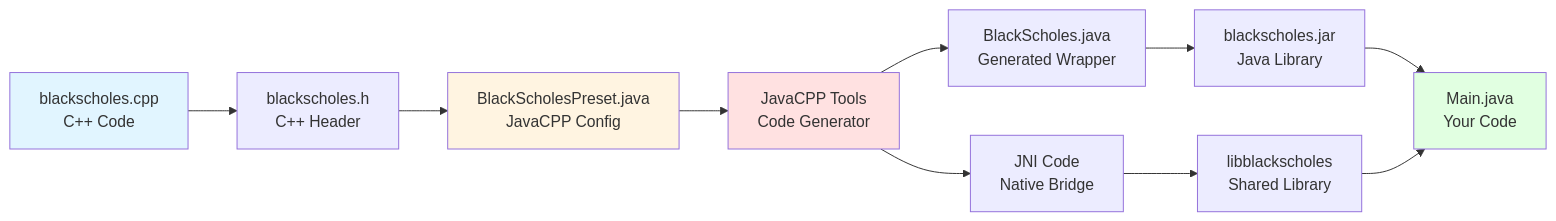
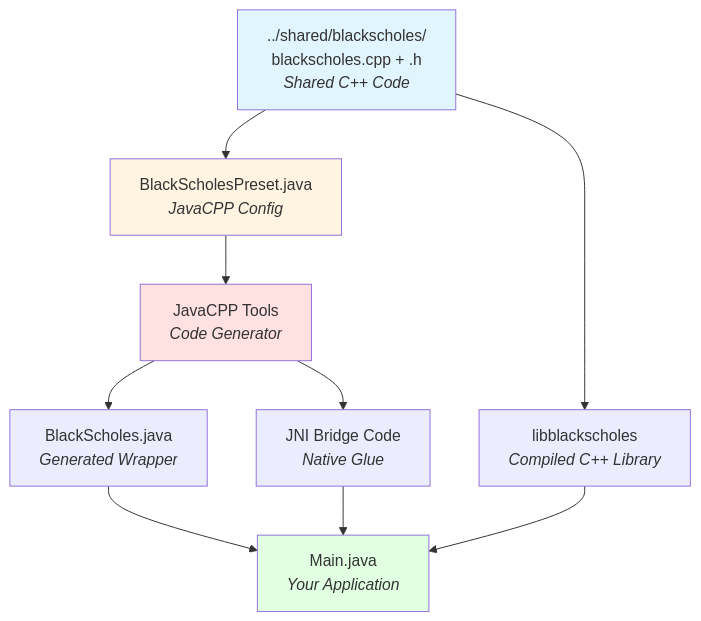
The diagram in examples/cpp/01-blackscholes-javacpp/README.md (chipkent/deephaven-example-use-cases), drawn with Mermaid before and after one commit. The commit also changed other lines of this file and 23 other files, not shown here.

Commit message:
docs: expand JavaCPP and pybind11 integration documentation with detailed architecture and usage examples

````diff
--- a/examples/cpp/01-blackscholes-javacpp/README.md
+++ b/examples/cpp/01-blackscholes-javacpp/README.md
@@ -25,17 +32,21 @@
 ```mermaid
-graph LR
-    A[blackscholes.cpp<br/>C++ Code] --> B[blackscholes.h<br/>C++ Header]
-    B --> C[BlackScholesPreset.java<br/>JavaCPP Config]
-    C --> D[JavaCPP Tools<br/>Code Generator]
-    D --> E[BlackScholes.java<br/>Generated Wrapper]
-    D --> F[JNI Code<br/>Native Bridge]
-    E --> G[blackscholes.jar<br/>Java Library]
-    F --> H[libblackscholes<br/>Shared Library]
-    G --> I[Main.java<br/>Your Code]
-    H --> I
+graph TB
+    A[../shared/blackscholes/<br/>blackscholes.cpp + .h<br/><i>Shared C++ Code</i>]
+    
+    A --> B[BlackScholesPreset.java<br/><i>JavaCPP Config</i>]
+    B --> C[JavaCPP Tools<br/><i>Code Generator</i>]
+    
+    C --> D[BlackScholes.java<br/><i>Generated Wrapper</i>]
+    C --> E[JNI Bridge Code<br/><i>Native Glue</i>]
+    
+    A --> F[libblackscholes<br/><i>Compiled C++ Library</i>]
+    
+    D --> G[Main.java<br/><i>Your Application</i>]
+    F --> G
+    E --> G
     
     style A fill:#e1f5ff
-    style C fill:#fff4e1
-    style D fill:#ffe1e1
-    style I fill:#e1ffe1
+    style B fill:#fff4e1
+    style C fill:#ffe1e1
+    style G fill:#e1ffe1
 ```
````
